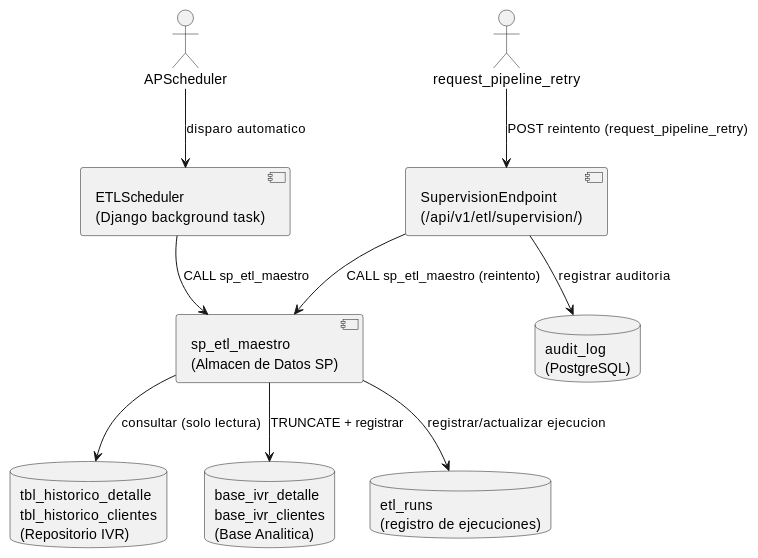
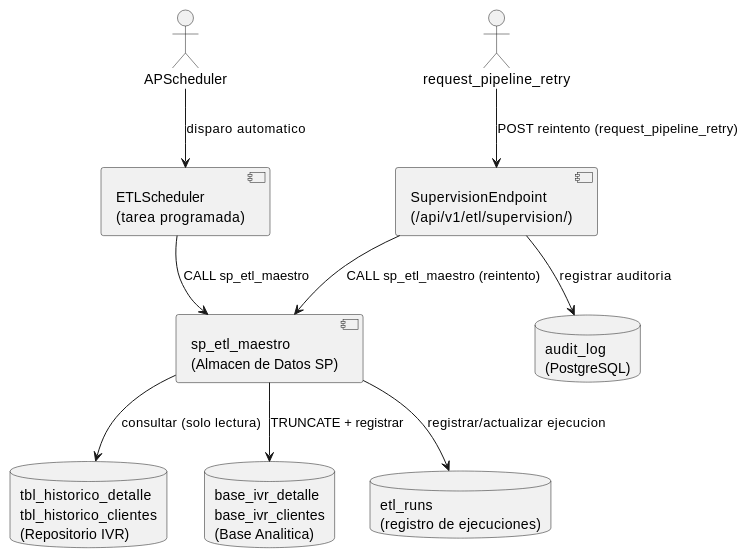
Before and after one commit to jcg-admin/IACT-docs: the diagram in source/arquitectura-tecnica/modulos/etl-monitoring/diagramas/componentes-mod-pipeline.rst, drawn with PlantUML. The commit also changed 93 other files, not shown here.

```diff
--- a/source/arquitectura-tecnica/modulos/etl-monitoring/diagramas/componentes-mod-pipeline.rst
+++ b/source/arquitectura-tecnica/modulos/etl-monitoring/diagramas/componentes-mod-pipeline.rst
@@ -22,27 +22,27 @@
 .. uml::
  :caption: Componentes de MOD_Pipeline y sus dependencias de datos.
 
  @startuml
 
  actor "APScheduler" as Apscheduler
  actor "request_pipeline_retry" as request_pipeline_retry
 
  component "sp_etl_maestro\n(Almacen de Datos SP)" as ETL_SP
  component "SupervisionEndpoint\n(/api/v1/etl/supervision/)" as Supervisionendpoint
- component "ETLScheduler\n(Django background task)" as SCHED
+ component "ETLScheduler\n(tarea programada)" as SCHED
 
  database "tbl_historico_detalle\ntbl_historico_clientes\n(Repositorio IVR)" as HIST
  database "base_ivr_detalle\nbase_ivr_clientes\n(Base Analitica)" as ANAL
  database "etl_runs\n(registro de ejecuciones)" as RUNS
  database "audit_log\n(PostgreSQL)" as AUDIT
 
  Apscheduler --> SCHED : disparo automatico
  request_pipeline_retry --> Supervisionendpoint : POST reintento (request_pipeline_retry)
  SCHED --> ETL_SP : CALL sp_etl_maestro
  Supervisionendpoint --> ETL_SP : CALL sp_etl_maestro (reintento)
  ETL_SP --> HIST : consultar (solo lectura)
  ETL_SP --> ANAL : TRUNCATE + registrar
  ETL_SP --> RUNS : registrar/actualizar ejecucion
  Supervisionendpoint --> AUDIT : registrar auditoria
 
  @enduml
```
